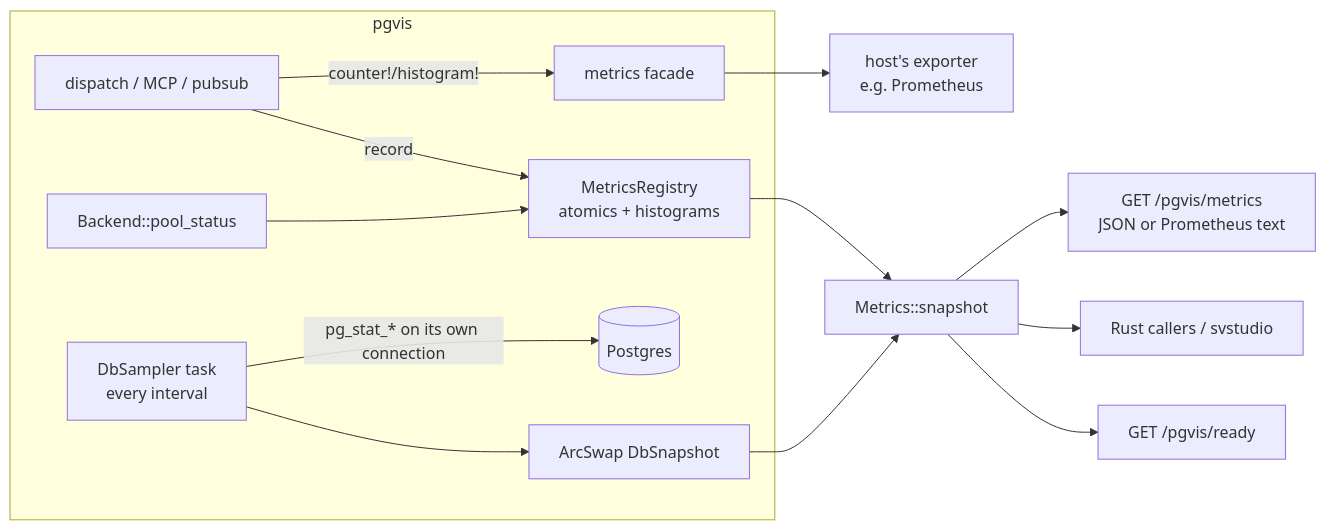
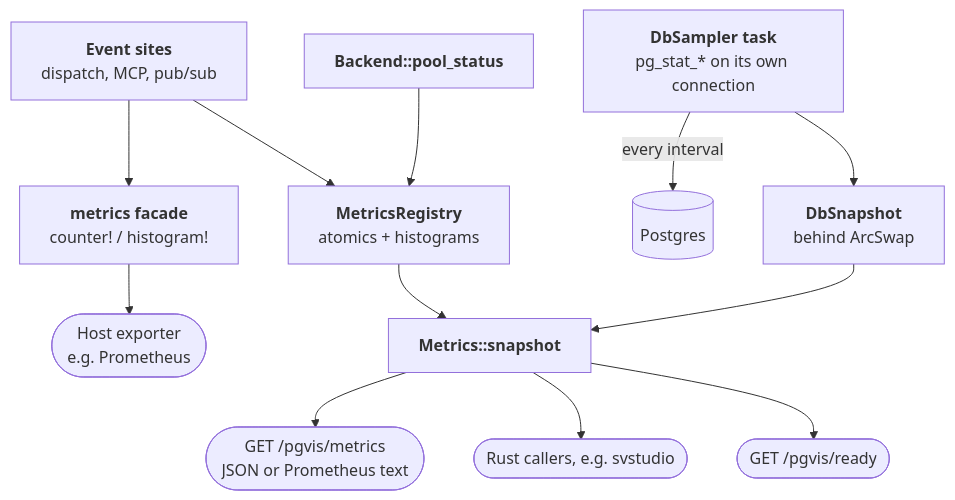
One commit to pgvis/pgvis changed the diagram in arch/11-metrics.md. Above: the diagram before and after it, drawn with Mermaid. The commit also changed other lines of this file and 29 other files, not shown here.

````diff
--- a/arch/11-metrics.md
+++ b/arch/11-metrics.md
@@ -49,16 +52,24 @@
 ```mermaid
-flowchart LR
-    subgraph pgvis
-      REQ[dispatch / MCP / pubsub] -- "counter!/histogram!" --> FACADE[metrics facade]
-      REQ -- record --> REG[MetricsRegistry<br/>atomics + histograms]
-      POOL[Backend::pool_status] --> REG
-      SAMPLER[DbSampler task<br/>every interval] -- "pg_stat_* on its own connection" --> PG[(Postgres)]
-      SAMPLER --> SNAP[ArcSwap DbSnapshot]
-    end
-    FACADE --> HOSTEXP[host's exporter<br/>e.g. Prometheus]
-    REG --> API[Metrics::snapshot]
-    SNAP --> API
-    API --> HTTP[GET /pgvis/metrics<br/>JSON or Prometheus text]
-    API --> RUST[Rust callers / svstudio]
-    API --> READY[GET /pgvis/ready]
+flowchart TB
+    ev["<b>Event sites</b><br/>dispatch, MCP, pub/sub"]
+    facade["<b>metrics facade</b><br/>counter! / histogram!"]
+    reg["<b>MetricsRegistry</b><br/>atomics + histograms"]
+    pool["<b>Backend::pool_status</b>"]
+    sampler["<b>DbSampler task</b><br/>pg_stat_* on its own connection"]
+    pg[("Postgres")]
+    snap["<b>DbSnapshot</b><br/>behind ArcSwap"]
+    host(["Host exporter<br/>e.g. Prometheus"])
+    api["<b>Metrics::snapshot</b>"]
+    http(["GET /pgvis/metrics<br/>JSON or Prometheus text"])
+    rust(["Rust callers, e.g. svstudio"])
+    ready(["GET /pgvis/ready"])
+
+    ev --> facade --> host
+    ev --> reg --> api
+    pool --> reg
+    sampler -->|"every interval"| pg
+    sampler --> snap --> api
+    api --> http
+    api --> rust
+    api --> ready
 ```
````
